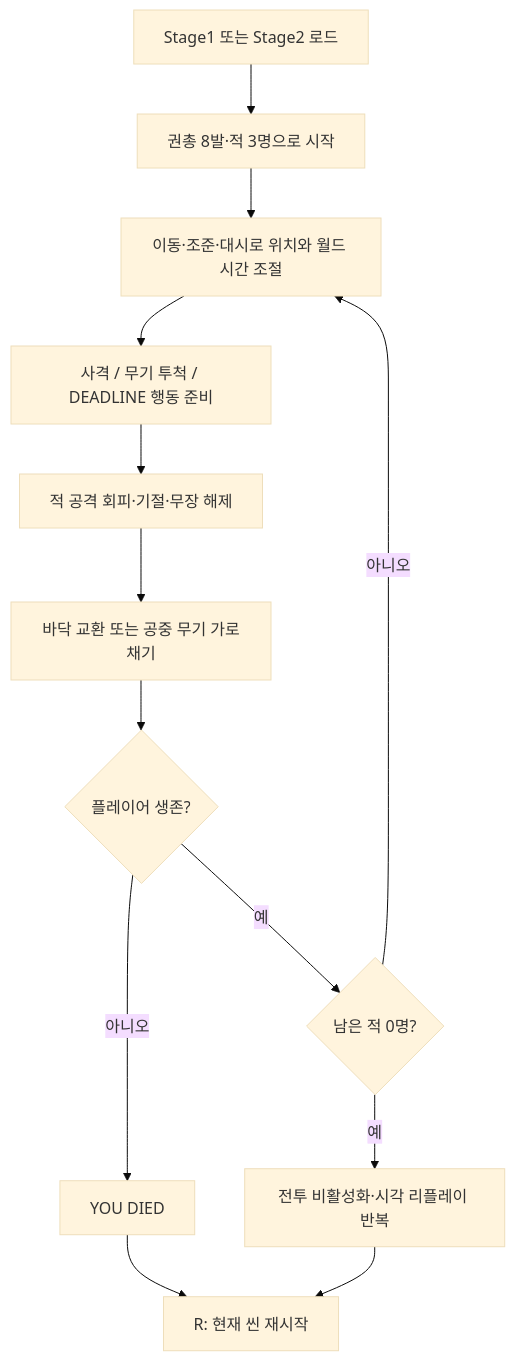
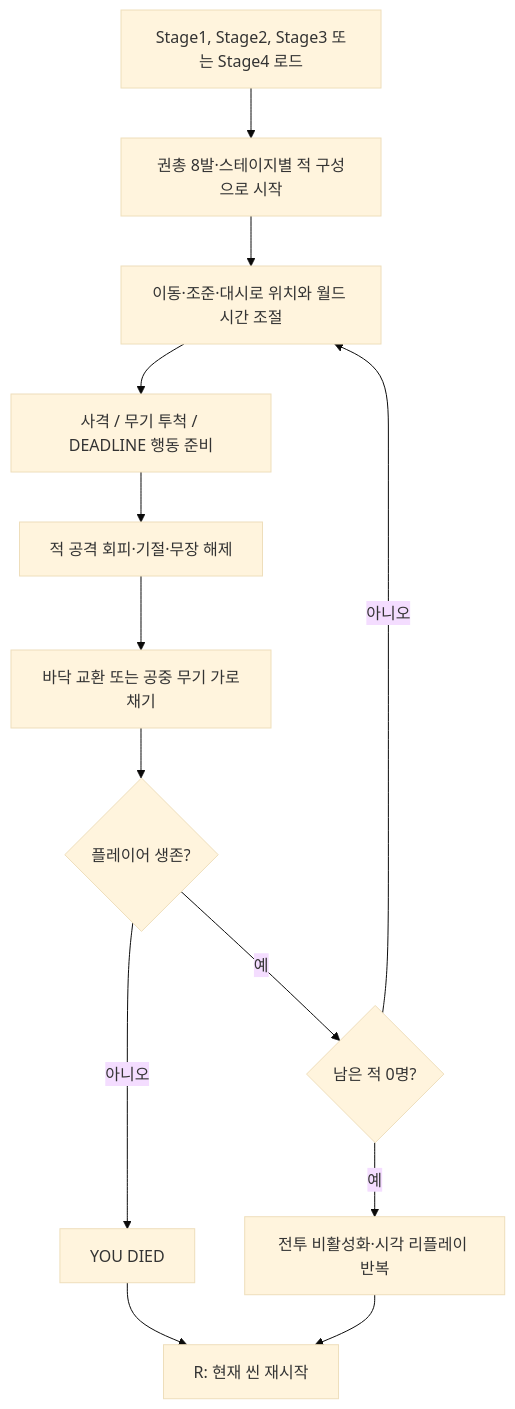
One commit to Mom-Dra/ProjectDeltatime changed the first of 3 diagrams in docs/PROJECT_DESIGN_DOCUMENT.md. Above: the diagram before and after it, drawn with Mermaid (base theme). The commit also changed other lines of this file and 119 other files, not shown here.

````diff
--- a/docs/PROJECT_DESIGN_DOCUMENT.md
+++ b/docs/PROJECT_DESIGN_DOCUMENT.md
@@ -133,15 +139,15 @@
 ```mermaid
 flowchart TD
-    A["Stage1 또는 Stage2 로드"] --> B["권총 8발·적 3명으로 시작"]
+    A["Stage1, Stage2, Stage3 또는 Stage4 로드"] --> B["권총 8발·스테이지별 적 구성으로 시작"]
     B --> C["이동·조준·대시로 위치와 월드 시간 조절"]
     C --> D["사격 / 무기 투척 / DEADLINE 행동 준비"]
     D --> E["적 공격 회피·기절·무장 해제"]
     E --> F["바닥 교환 또는 공중 무기 가로채기"]
     F --> G{"플레이어 생존?"}
     G -- "아니오" --> H["YOU DIED"]
     H --> I["R: 현재 씬 재시작"]
     G -- "예" --> J{"남은 적 0명?"}
     J -- "아니오" --> C
     J -- "예" --> K["전투 비활성화·시각 리플레이 반복"]
     K --> I
 ```
````
